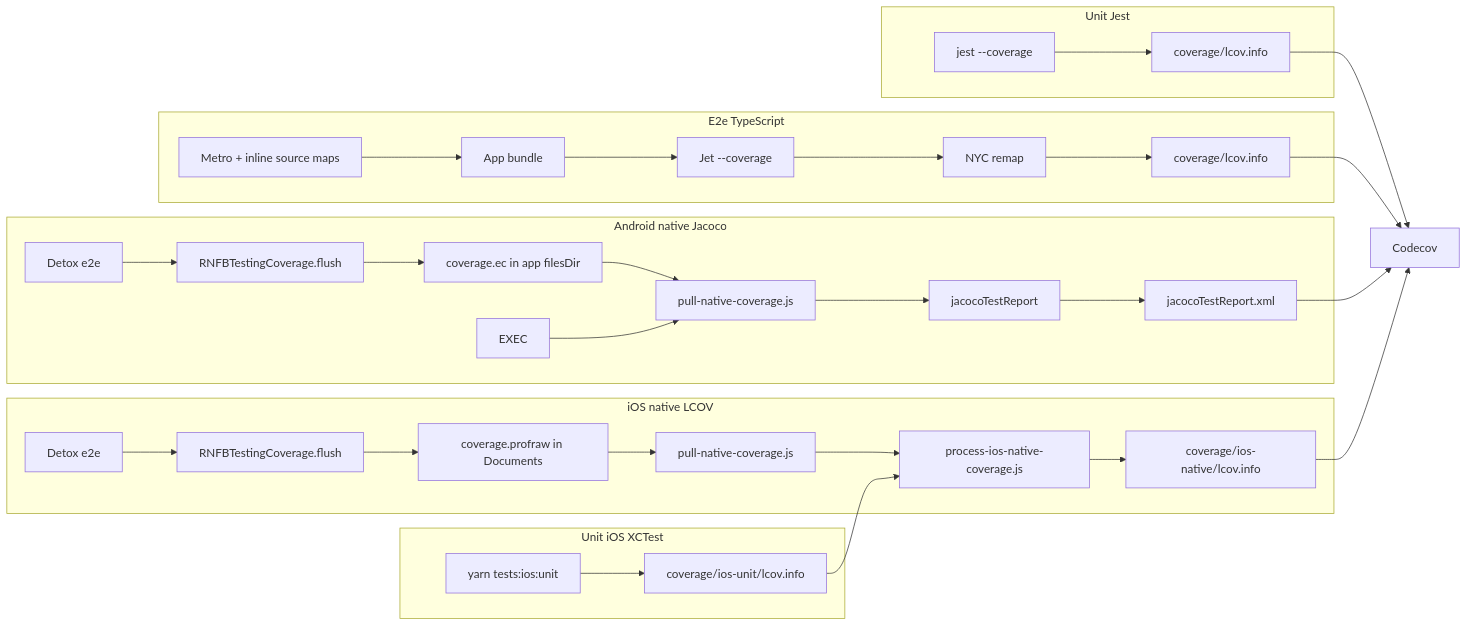
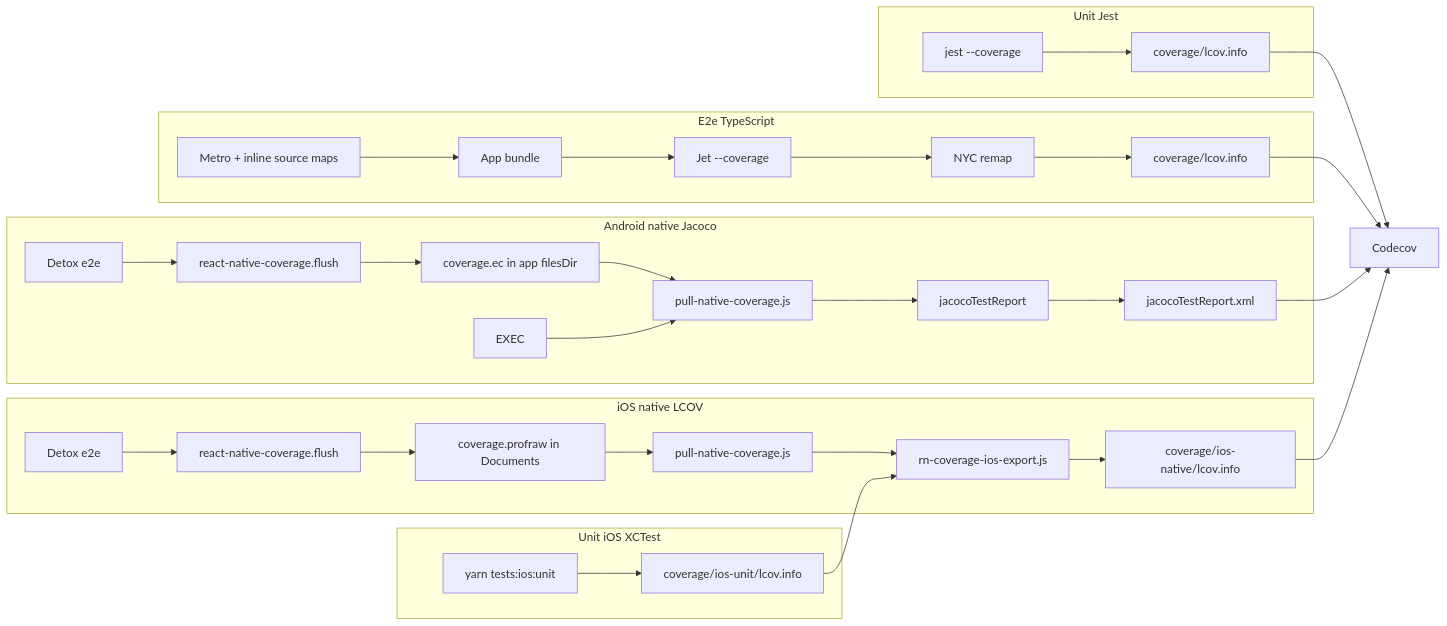
One commit to invertase/react-native-firebase changed the diagram in okf-bundle/testing/coverage-design.md. Above: the diagram before and after it, drawn with Mermaid. The commit also changed other lines of this file and 35 other files, not shown here.

First line of the commit message:
test(coverage): adopt react-native-coverage@0.2.0

````diff
--- a/okf-bundle/testing/coverage-design.md
+++ b/okf-bundle/testing/coverage-design.md
@@ -163,35 +163,35 @@
 ```mermaid
 flowchart LR
   subgraph unit [Unit Jest]
     J1[jest --coverage] --> J2[coverage/lcov.info]
   end
   subgraph ios_unit [Unit iOS XCTest]
     U2[yarn tests:ios:unit] --> UNITLCOV["coverage/ios-unit/lcov.info"]
   end
   subgraph ts_e2e [E2e TypeScript]
     M[Metro + inline source maps] --> A[App bundle]
     A --> J[Jet --coverage]
     J --> N[NYC remap]
     N --> T2[coverage/lcov.info]
   end
   subgraph android_native [Android native Jacoco]
-    D1[Detox e2e] --> FLA[RNFBTestingCoverage.flush]
+    D1[Detox e2e] --> FLA["react-native-coverage.flush"]
     FLA --> EC[coverage.ec in app filesDir]
     EC --> P1[pull-native-coverage.js]
     EXEC --> P1
     P1 --> JTR[jacocoTestReport]
     JTR --> AX[jacocoTestReport.xml]
   end
   subgraph ios_native [iOS native LCOV]
-    D2[Detox e2e] --> FLI[RNFBTestingCoverage.flush]
+    D2[Detox e2e] --> FLI["react-native-coverage.flush"]
     FLI --> PR[coverage.profraw in Documents]
     PR --> P2[pull-native-coverage.js]
-    P2 --> LLVM[process-ios-native-coverage.js]
+    P2 --> LLVM[rn-coverage-ios-export.js]
     UNITLCOV --> LLVM
     LLVM --> I2[coverage/ios-native/lcov.info]
   end
   J2 --> C[Codecov]
   T2 --> C
   AX --> C
   I2 --> C
 ```
````
